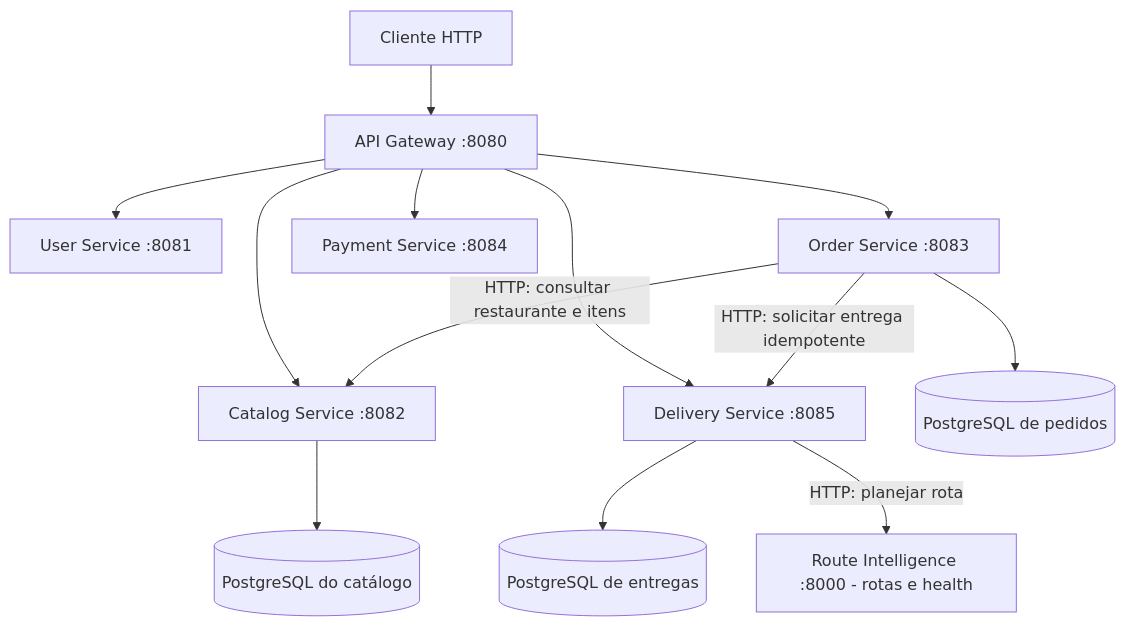
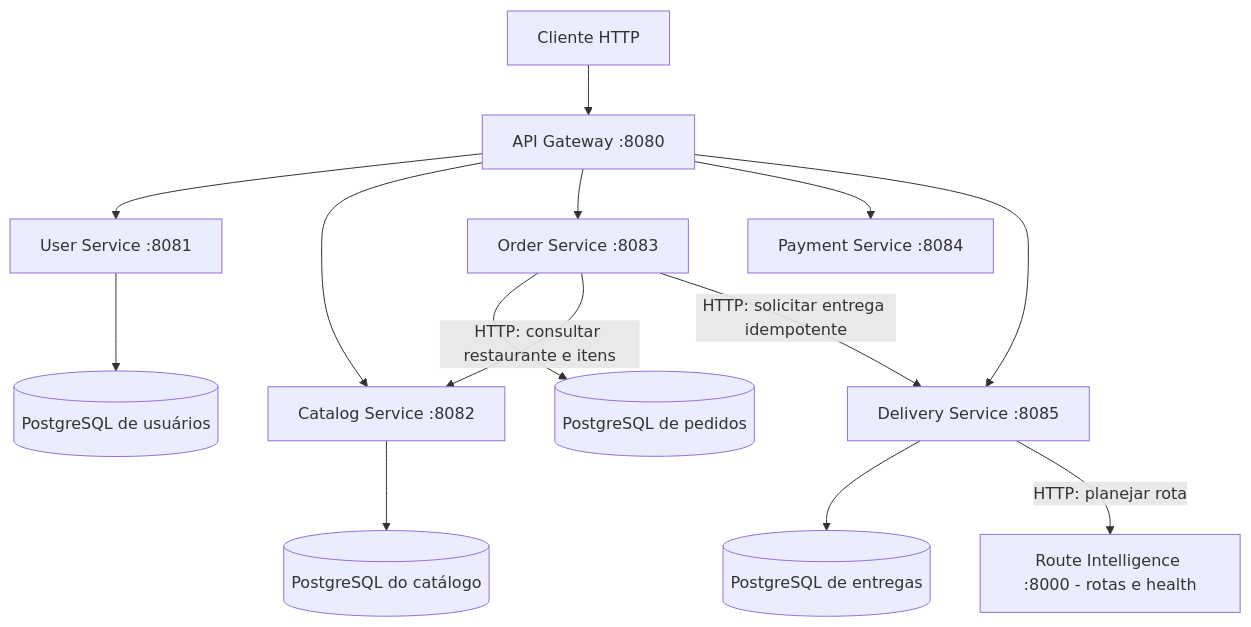
Before and after one commit to victhor-santos/ai-delivery-platform: the first of 2 diagrams in docs/architecture.md, drawn with Mermaid. The commit also changed other lines of this file and 50 other files, not shown here.

````diff
--- a/docs/architecture.md
+++ b/docs/architecture.md
@@ -13,15 +13,16 @@
 ```mermaid
 flowchart TD
     Client[Cliente HTTP] --> Gateway[API Gateway :8080]
     Gateway --> Users[User Service :8081]
     Gateway --> Catalog[Catalog Service :8082]
     Gateway --> Orders[Order Service :8083]
     Gateway --> Payments[Payment Service :8084]
     Gateway --> Deliveries[Delivery Service :8085]
+    Users --> UserDB[(PostgreSQL de usuários)]
     Catalog --> CatalogDB[(PostgreSQL do catálogo)]
     Orders --> OrderDB[(PostgreSQL de pedidos)]
     Orders -->|HTTP: consultar restaurante e itens| Catalog
     Orders -->|HTTP: solicitar entrega idempotente| Deliveries
     Deliveries --> DeliveryDB[(PostgreSQL de entregas)]
     Deliveries -->|HTTP: planejar rota| Routes[Route Intelligence :8000 - rotas e health]
 ```
````
